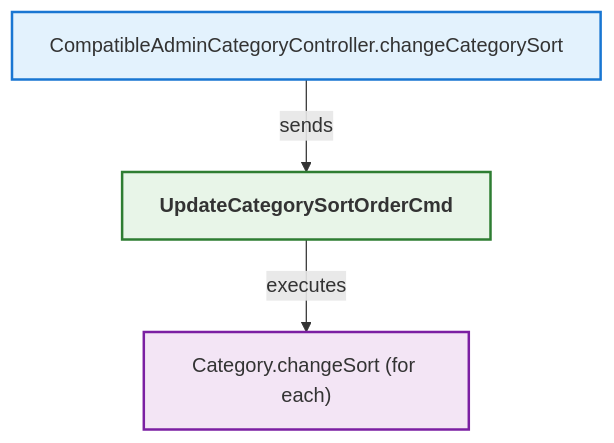
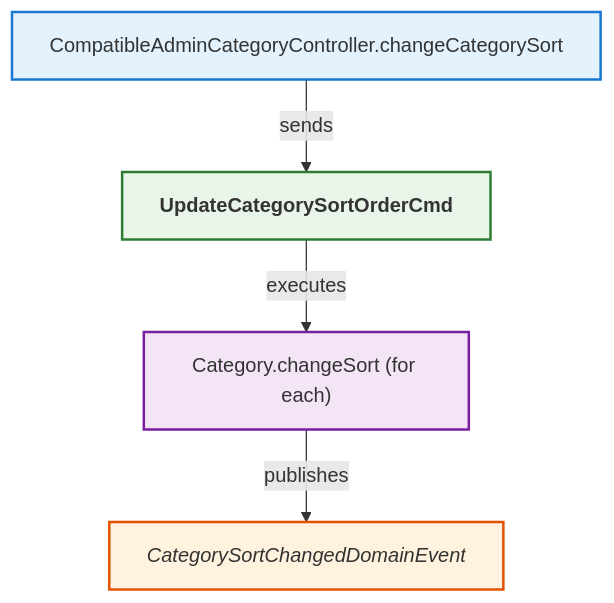
One commit to LDmoxeii/only-danmuku changed the diagram in analysis/CompatibleAdminCategoryController_changeSort.mmd. Above: the diagram before and after it, drawn with Mermaid. The commit also changed 3 other files, not shown here.

```diff
--- a/analysis/CompatibleAdminCategoryController_changeSort.mmd
+++ b/analysis/CompatibleAdminCategoryController_changeSort.mmd
@@ -1,31 +1,34 @@
 flowchart TB
 
     N1["CompatibleAdminCategoryController.changeCategorySort"]
     class N1 controllermethod;
 
     C1["UpdateCategorySortOrderCmd"]
     class C1 command;
     A1["Category.changeSort (for each)"]
     class A1 entitymethod;
+    E1["CategorySortChangedDomainEvent"]
+    class E1 domainevent;
 
     %% Relationships
     N1 -->|sends| C1
     C1 -->|executes| A1
+    A1 -->|publishes| E1
 
     %% Styles
     classDef controller fill:#e3f2fd,stroke:#1565c0,stroke-width:2px,font-weight:bold;
     classDef controllermethod fill:#e3f2fd,stroke:#1976d2,stroke-width:2px;
     classDef endpoint fill:#e3f2fd,stroke:#42a5f5,stroke-width:2px;
     classDef commandsender fill:#e3f2fd,stroke:#1565c0,stroke-width:2px,font-style:italic;
     classDef commandsendermethod fill:#e3f2fd,stroke:#1976d2,stroke-width:2px,font-style:italic;
     classDef command fill:#e8f5e8,stroke:#2e7d32,stroke-width:2px,font-weight:bold;
     classDef commandhandler fill:#e8f5e8,stroke:#388e3c,stroke-width:2px,font-weight:bold;
     classDef aggregate fill:#fff8e1,stroke:#ff8f00,stroke-width:3px,font-weight:bold;
     classDef entitymethod fill:#f3e5f5,stroke:#7b1fa2,stroke-width:2px;
     classDef domainevent fill:#fff3e0,stroke:#e65100,stroke-width:2px,font-style:italic;
     classDef domaineventhandler fill:#fff3e0,stroke:#ef6c00,stroke-width:2px,font-weight:bold;
     classDef integrationevent fill:#fce4ec,stroke:#880e4f,stroke-width:2px;
     classDef integrationeventhandler fill:#fce4ec,stroke:#ad1457,stroke-width:2px,font-weight:bold;
     classDef integrationeventconverter fill:#e3f2fd,stroke:#0277bd,stroke-width:2px;
     classDef repo fill:#d6dbdf,stroke:#85929e,stroke-width:2px;
     classDef uow fill:#f2f4f4,stroke:#7f8c8d,stroke-width:2px;
```
